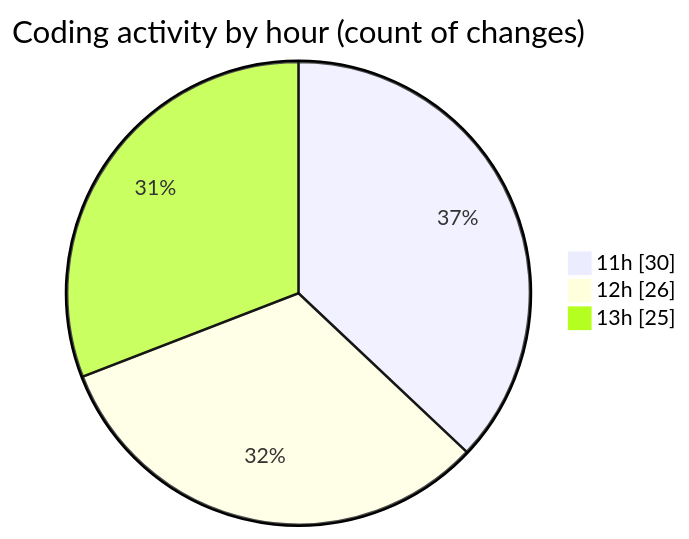
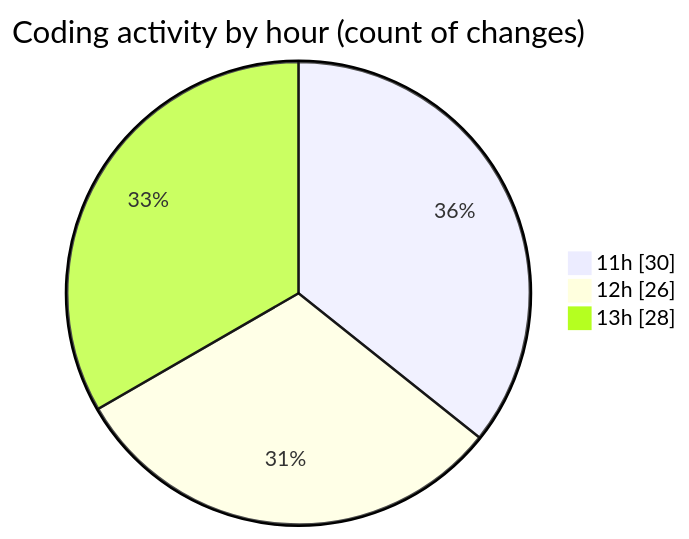
One commit to lephambinh05/code-tracking changed the second of 2 diagrams in 2025-08-25/studybuddy/README.md. Above: the diagram before and after it, drawn with Mermaid. The commit also changed other lines of this file and 1 other file, not shown here.

````diff
--- a/2025-08-25/studybuddy/README.md
+++ b/2025-08-25/studybuddy/README.md
@@ -59,7 +59,7 @@
 ```mermaid
 pie showData
 title Coding activity by hour (count of changes)
 "11h" : 30
 "12h" : 26
-"13h" : 25
+"13h" : 28
 ```
````
